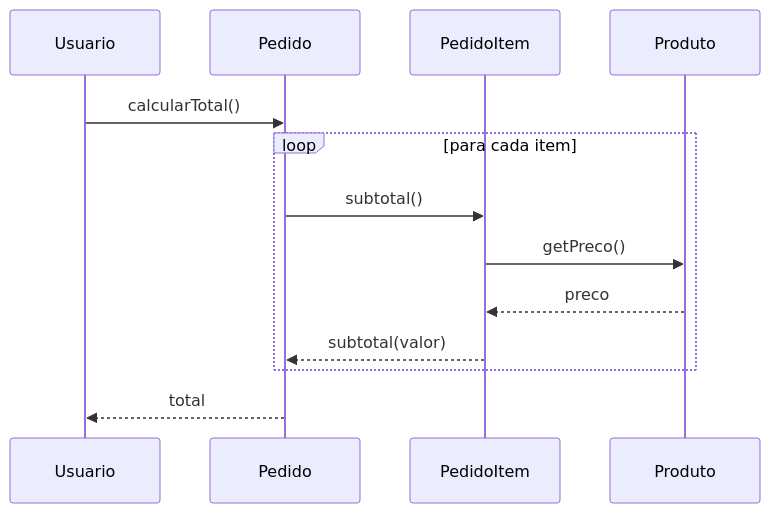
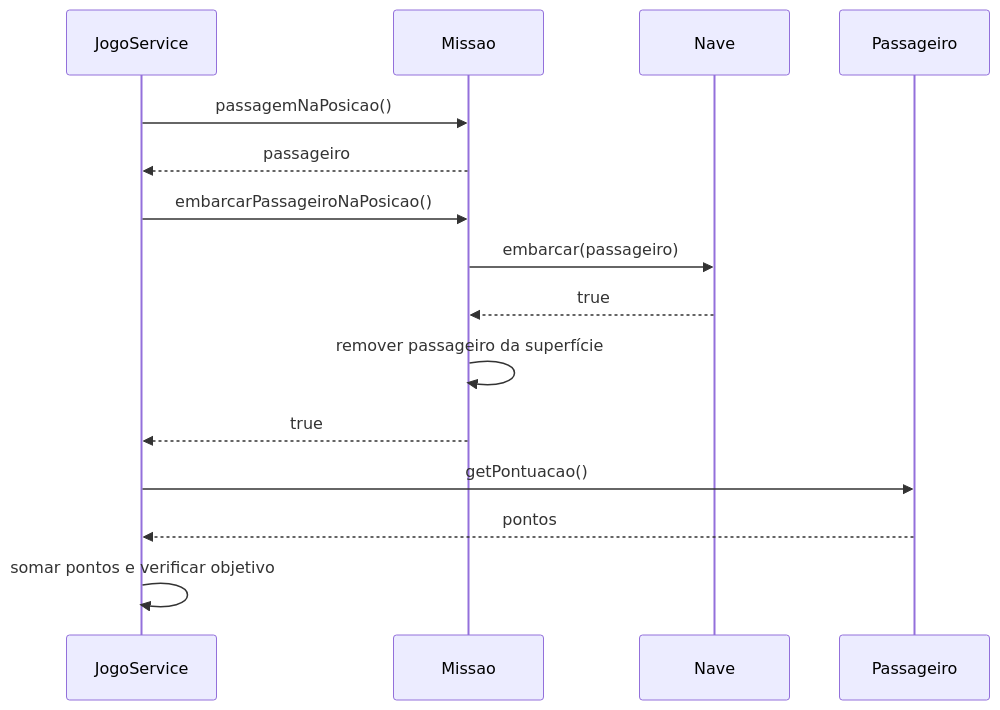
The diagram in apostilas-grasp/diagrams/info-expert-sequence.mmd (marcelobezerra-dotcom/grasp-tutorial), drawn with Mermaid before and after one commit. The commit also changed 70 other files, not shown here.

```diff
--- a/apostilas-grasp/diagrams/info-expert-sequence.mmd
+++ b/apostilas-grasp/diagrams/info-expert-sequence.mmd
@@ -1,14 +1,15 @@
 sequenceDiagram
-  participant Usuario
-  participant Pedido
-  participant PedidoItem
-  participant Produto
-
-  Usuario->>Pedido: calcularTotal()
-  loop para cada item
-    Pedido->>PedidoItem: subtotal()
-    PedidoItem->>Produto: getPreco()
-    Produto-->>PedidoItem: preco
-    PedidoItem-->>Pedido: subtotal(valor)
-  end
-  Pedido-->>Usuario: total
+    participant JogoService
+    participant Missao
+    participant Nave
+    participant Passageiro
+    JogoService->>Missao: passagemNaPosicao()
+    Missao-->>JogoService: passageiro
+    JogoService->>Missao: embarcarPassageiroNaPosicao()
+    Missao->>Nave: embarcar(passageiro)
+    Nave-->>Missao: true
+    Missao->>Missao: remover passageiro da superfície
+    Missao-->>JogoService: true
+    JogoService->>Passageiro: getPontuacao()
+    Passageiro-->>JogoService: pontos
+    JogoService->>JogoService: somar pontos e verificar objetivo
```
